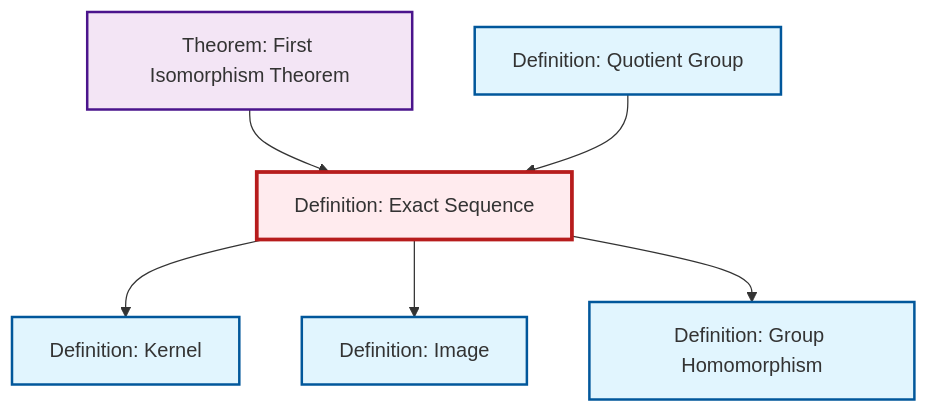
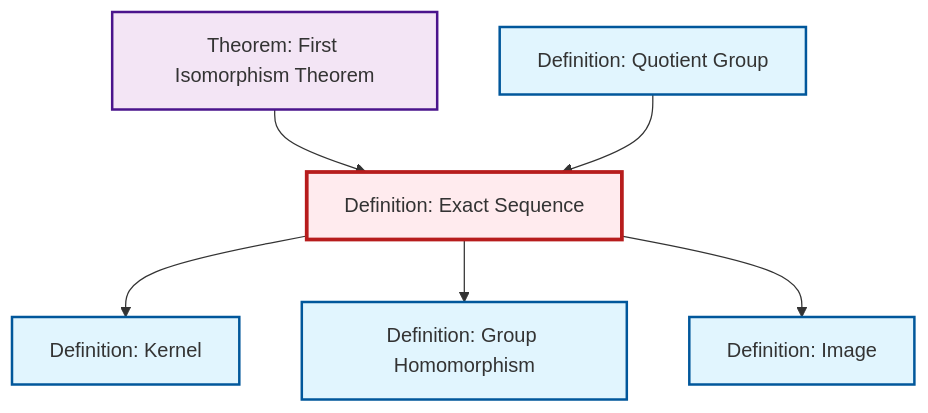
One commit to RK0429/ModernMath changed the diagram in content/en/algebra/def-exact-sequence.qmd. Above: the diagram before and after it, drawn with Mermaid. The commit also changed other lines of this file and 1012 other files, not shown here.

````diff
--- a/content/en/algebra/def-exact-sequence.qmd
+++ b/content/en/algebra/def-exact-sequence.qmd
@@ -105,26 +105,26 @@
 ```{mermaid}
 %%| fig-cap: "Local dependency graph"
 graph TD
     classDef definition fill:#e1f5fe,stroke:#01579b,stroke-width:2px
     classDef theorem fill:#f3e5f5,stroke:#4a148c,stroke-width:2px
     classDef axiom fill:#fff3e0,stroke:#e65100,stroke-width:2px
     classDef example fill:#e8f5e9,stroke:#1b5e20,stroke-width:2px
     classDef current fill:#ffebee,stroke:#b71c1c,stroke-width:3px
+    def-kernel["Definition: Kernel"]:::definition
     def-image["Definition: Image"]:::definition
+    def-quotient-group["Definition: Quotient Group"]:::definition
+    def-homomorphism["Definition: Group Homomorphism"]:::definition
     def-exact-sequence["Definition: Exact Sequence"]:::definition
     thm-first-isomorphism["Theorem: First Isomorphism Theorem"]:::theorem
-    def-quotient-group["Definition: Quotient Group"]:::definition
-    def-homomorphism["Definition: Group Homomorphism"]:::definition
-    def-kernel["Definition: Kernel"]:::definition
     def-exact-sequence --> def-kernel
+    def-exact-sequence --> def-homomorphism
     thm-first-isomorphism --> def-exact-sequence
     def-exact-sequence --> def-image
     def-quotient-group --> def-exact-sequence
-    def-exact-sequence --> def-homomorphism
     class def-exact-sequence current
+    click def-kernel "def-kernel.html" "Go to Kernel definition"
     click def-image "def-image.html" "Go to Image definition"
-    click thm-first-isomorphism "thm-first-isomorphism.html" "Go to First Isomorphism Theorem theorem"
     click def-quotient-group "def-quotient-group.html" "Go to Quotient Group definition"
     click def-homomorphism "def-homomorphism.html" "Go to Group Homomorphism definition"
-    click def-kernel "def-kernel.html" "Go to Kernel definition"
+    click thm-first-isomorphism "thm-first-isomorphism.html" "Go to First Isomorphism Theorem theorem"
 ```
````
